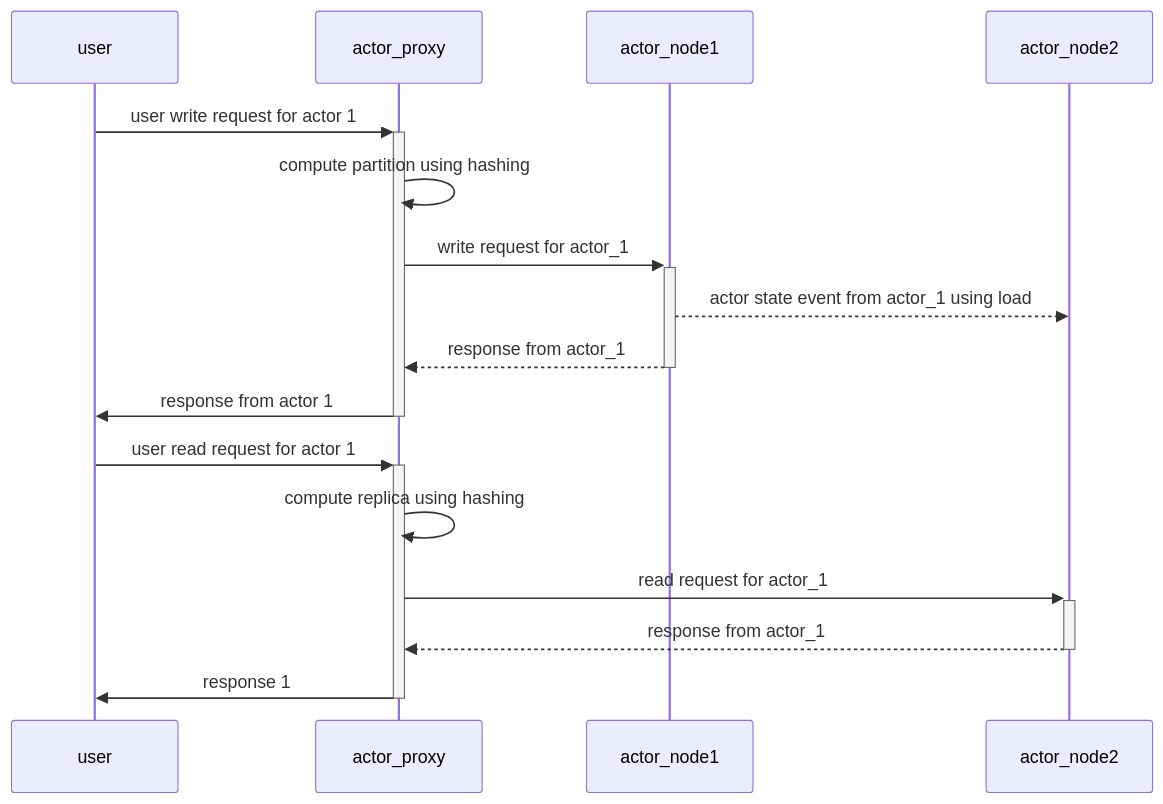
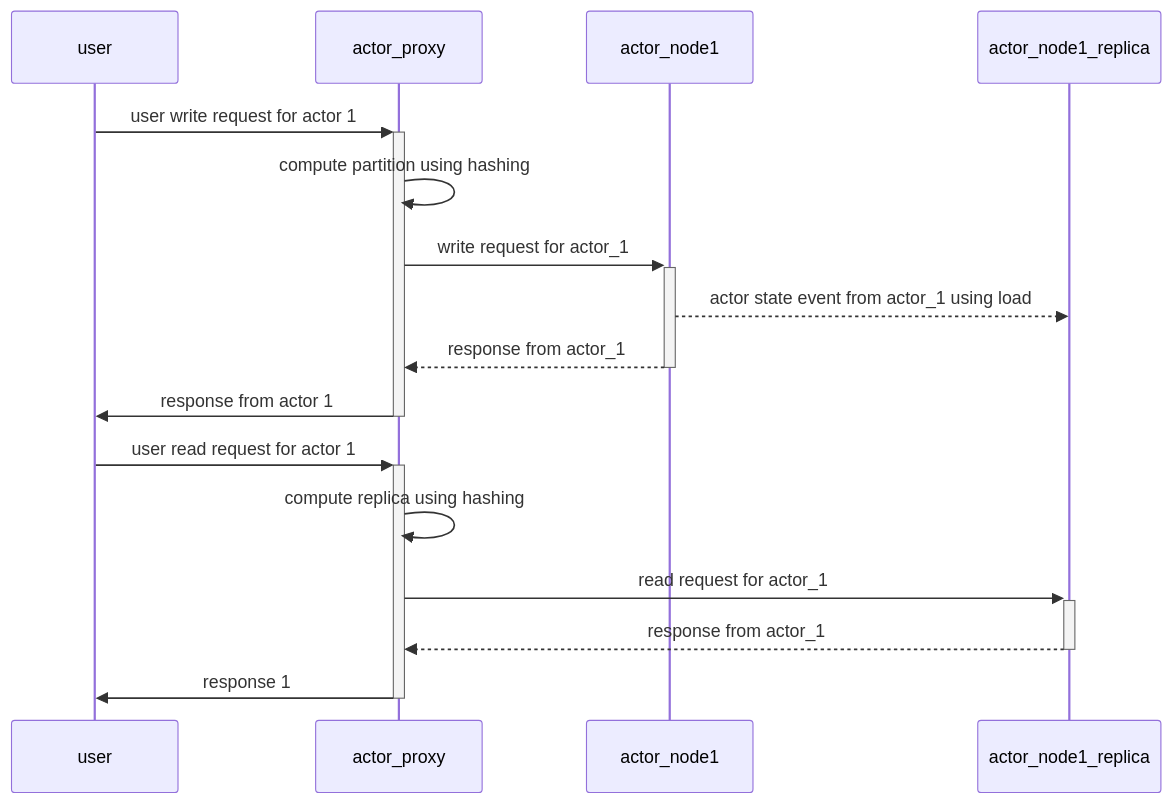
The fourth of 7 diagrams in docs/ActorFramework.md (AICorpGlobal/Delegactor), drawn with Mermaid before and after one commit. The commit also changed other lines of this file and 1 other file, not shown here.

````diff
--- a/docs/ActorFramework.md
+++ b/docs/ActorFramework.md
@@ -133,27 +132,27 @@
 ```mermaid
 
 sequenceDiagram
 
     user->>+actor_proxy: user write request for actor 1
 
     actor_proxy->>actor_proxy: compute partition using hashing
     
     actor_proxy->>+actor_node1: write request for actor_1
     
-    actor_node1-->>actor_node2: actor state event from actor_1 using load
+    actor_node1-->>actor_node1_replica: actor state event from actor_1 using load
     
     actor_node1-->>-actor_proxy: response from actor_1
     
     actor_proxy->>-user: response from actor 1   
 
     user->>+actor_proxy: user read request for actor 1
 
     actor_proxy->>actor_proxy: compute replica  using hashing
    
-    actor_proxy->>+actor_node2: read request for actor_1
+    actor_proxy->>+actor_node1_replica: read request for actor_1
 
-    actor_node2-->>-actor_proxy: response from actor_1
+    actor_node1_replica-->>-actor_proxy: response from actor_1
     
     actor_proxy->>-user: response 1   
     
 ```
````
